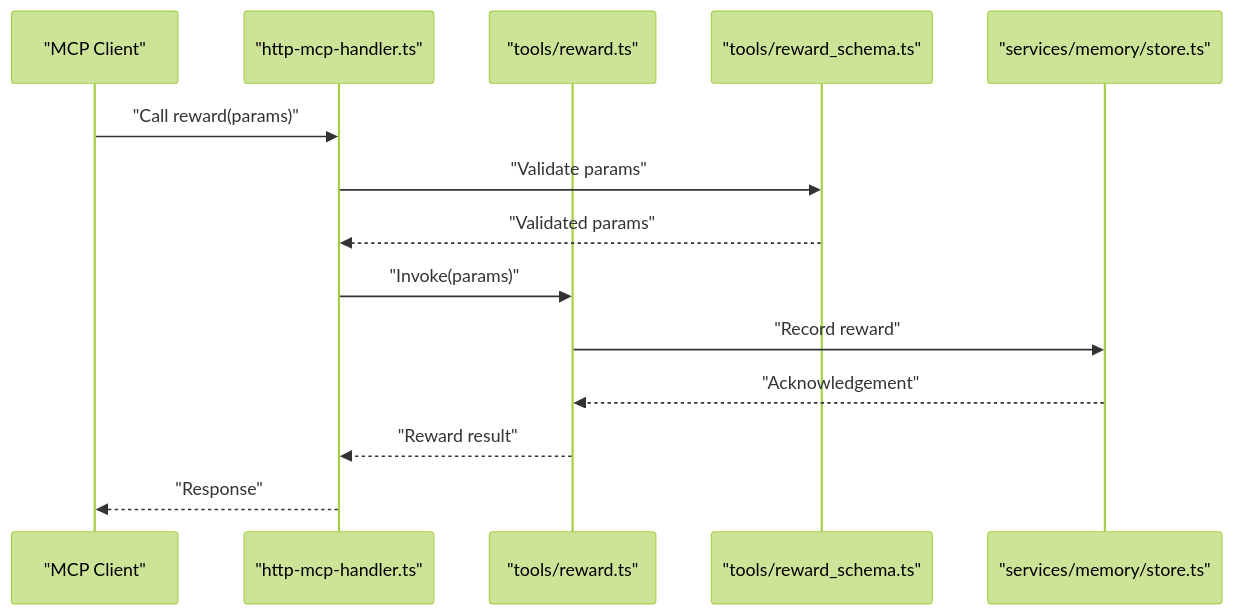
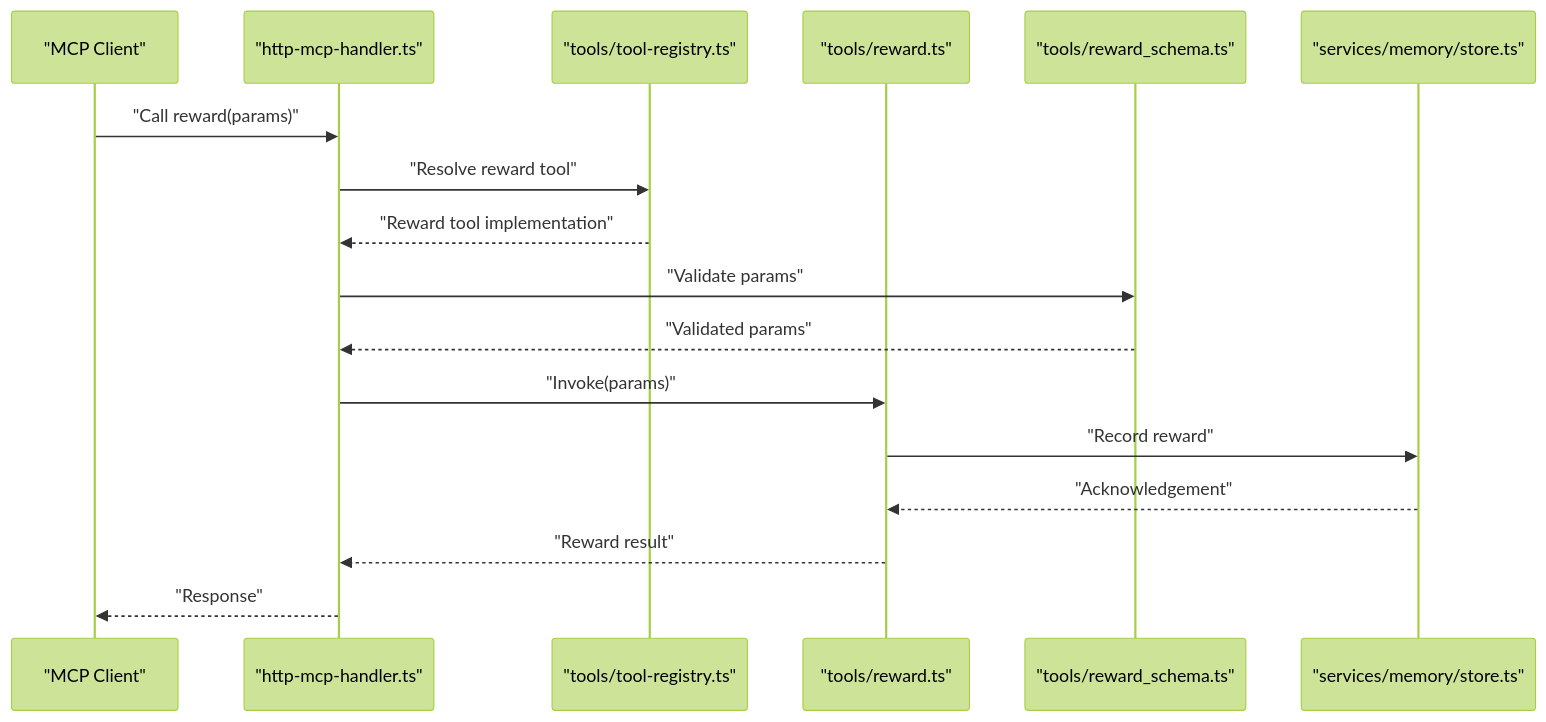
Diagram 11 of 14 in .qoder/repowiki/en/content/Project Overview/Core Concepts/Tool Development and Registry.md (debian777/kairos-mcp), drawn with Mermaid (forest theme) before and after one commit. The commit also changed other lines of this file and 7 other files, not shown here.

````diff
--- a/.qoder/repowiki/en/content/Project Overview/Core Concepts/Tool Development and Registry.md
+++ b/.qoder/repowiki/en/content/Project Overview/Core Concepts/Tool Development and Registry.md
@@ -454,16 +552,19 @@
 ```mermaid
 sequenceDiagram
 participant Client as "MCP Client"
 participant Handler as "http-mcp-handler.ts"
+participant Registry as "tools/tool-registry.ts"
 participant Tool as "tools/reward.ts"
 participant Schema as "tools/reward_schema.ts"
 participant Store as "services/memory/store.ts"
 Client->>Handler : "Call reward(params)"
+Handler->>Registry : "Resolve reward tool"
+Registry-->>Handler : "Reward tool implementation"
 Handler->>Schema : "Validate params"
 Schema-->>Handler : "Validated params"
 Handler->>Tool : "Invoke(params)"
 Tool->>Store : "Record reward"
 Store-->>Tool : "Acknowledgement"
 Tool-->>Handler : "Reward result"
 Handler-->>Client : "Response"
 ```
````
